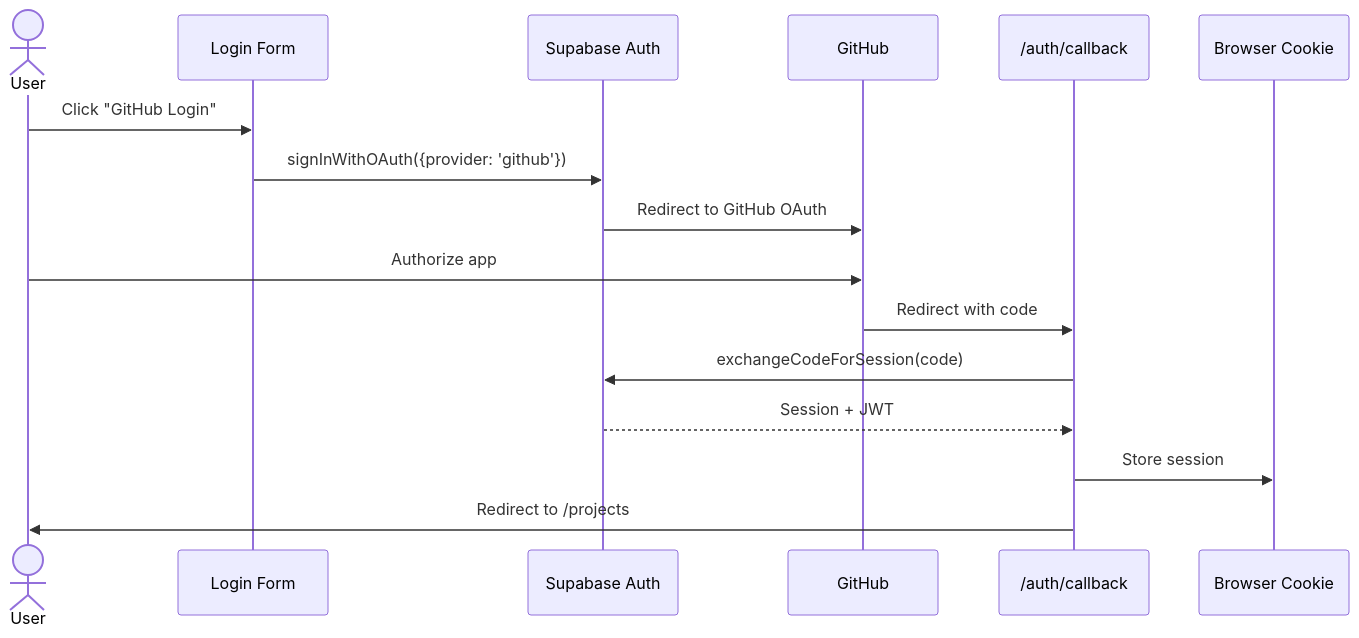
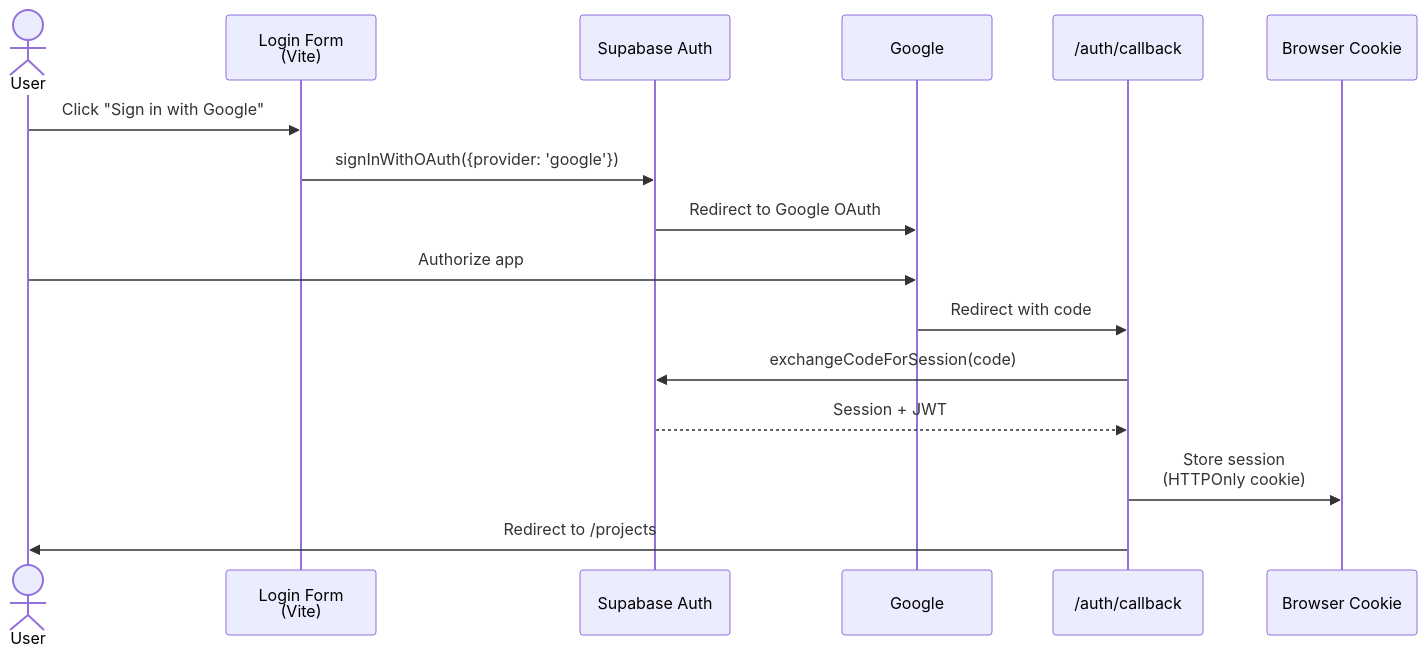
The second of 4 diagrams in _docs/technical/auth-overview.md (haowjy/meridian), drawn with Mermaid before and after one commit. The commit also changed other lines of this file and 129 other files, not shown here.

````diff
--- a/_docs/technical/auth-overview.md
+++ b/_docs/technical/auth-overview.md
@@ -103,19 +86,19 @@
 ```mermaid
 sequenceDiagram
     actor User
-    participant LoginUI as Login Form
+    participant LoginUI as Login Form<br/>(Vite)
     participant Supabase as Supabase Auth
-    participant GitHub
+    participant Google
     participant Callback as /auth/callback
     participant Cookie as Browser Cookie
 
-    User->>LoginUI: Click "GitHub Login"
-    LoginUI->>Supabase: signInWithOAuth({provider: 'github'})
-    Supabase->>GitHub: Redirect to GitHub OAuth
-    User->>GitHub: Authorize app
-    GitHub->>Callback: Redirect with code
+    User->>LoginUI: Click "Sign in with Google"
+    LoginUI->>Supabase: signInWithOAuth({provider: 'google'})
+    Supabase->>Google: Redirect to Google OAuth
+    User->>Google: Authorize app
+    Google->>Callback: Redirect with code
     Callback->>Supabase: exchangeCodeForSession(code)
     Supabase-->>Callback: Session + JWT
-    Callback->>Cookie: Store session
+    Callback->>Cookie: Store session<br/>(HTTPOnly cookie)
     Callback->>User: Redirect to /projects
 ```
````
